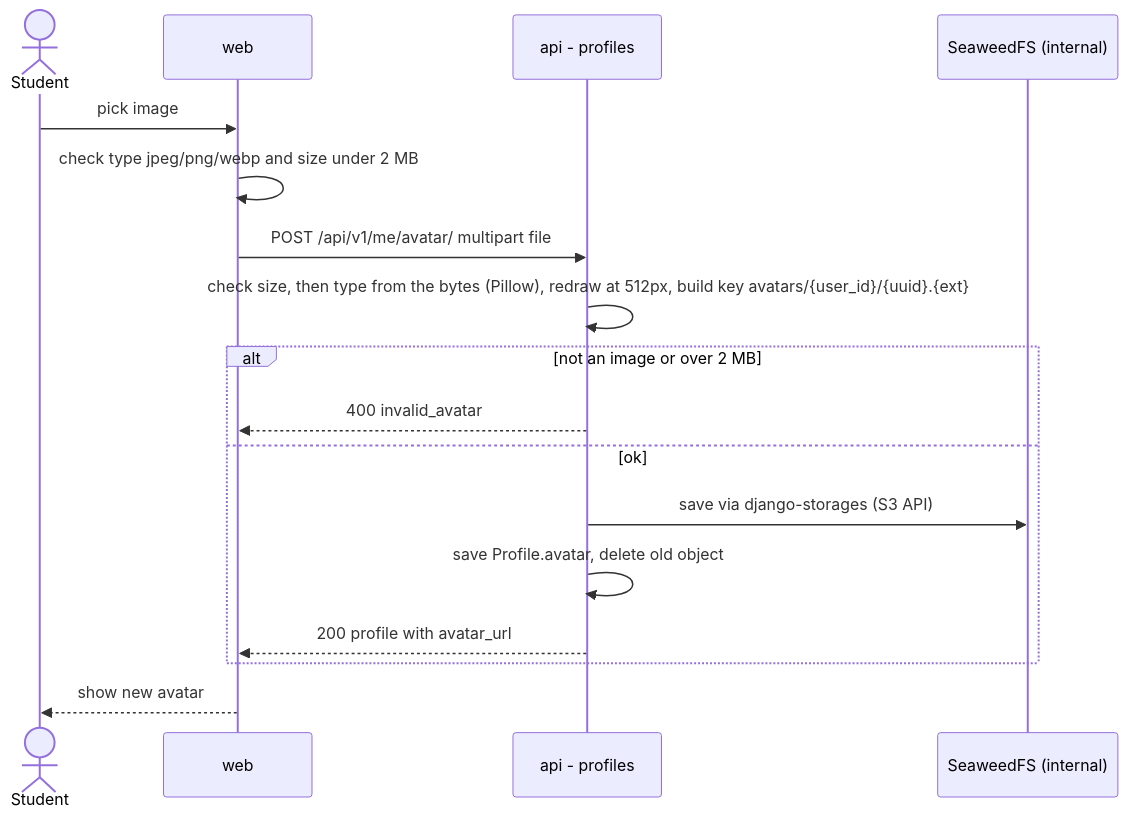
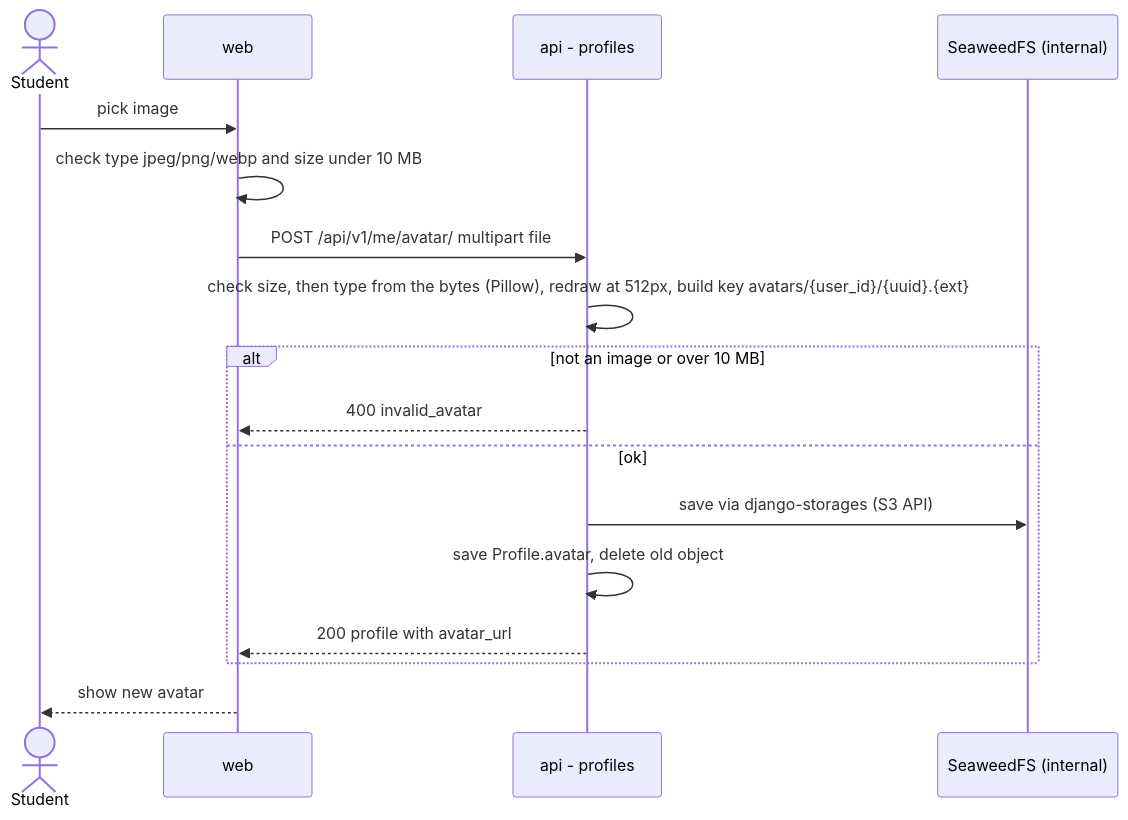
The sixth of 6 diagrams in docs/architecture/flows.md (season101/teammatch), drawn with Mermaid before and after one commit. The commit also changed 81 other files, not shown here.

````diff
--- a/docs/architecture/flows.md
+++ b/docs/architecture/flows.md
@@ -210,20 +210,20 @@
 ```mermaid
 sequenceDiagram
     actor U as Student
     participant W as web
     participant A as api - profiles
     participant S as SeaweedFS (internal)
 
     U->>W: pick image
-    W->>W: check type jpeg/png/webp and size under 2 MB
+    W->>W: check type jpeg/png/webp and size under 10 MB
     W->>A: POST /api/v1/me/avatar/ multipart file
     A->>A: check size, then type from the bytes (Pillow), redraw at 512px, build key avatars/{user_id}/{uuid}.{ext}
-    alt not an image or over 2 MB
+    alt not an image or over 10 MB
         A-->>W: 400 invalid_avatar
     else ok
         A->>S: save via django-storages (S3 API)
         A->>A: save Profile.avatar, delete old object
         A-->>W: 200 profile with avatar_url
     end
     W-->>U: show new avatar
 ```
````
